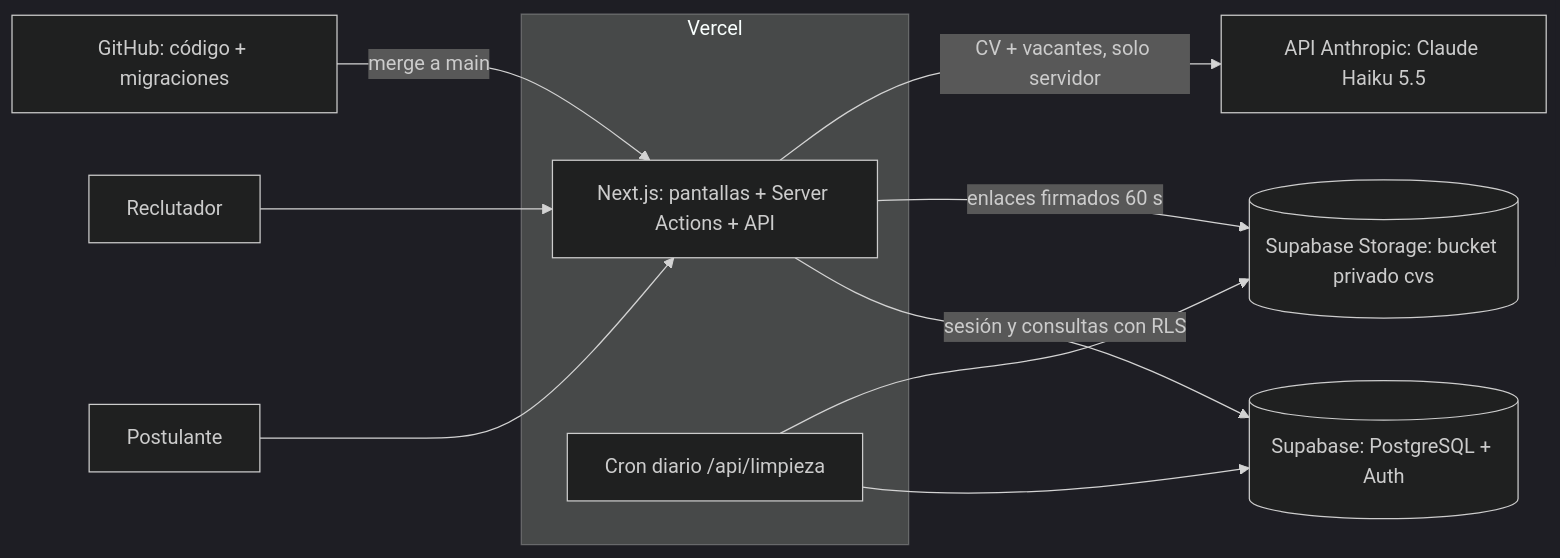
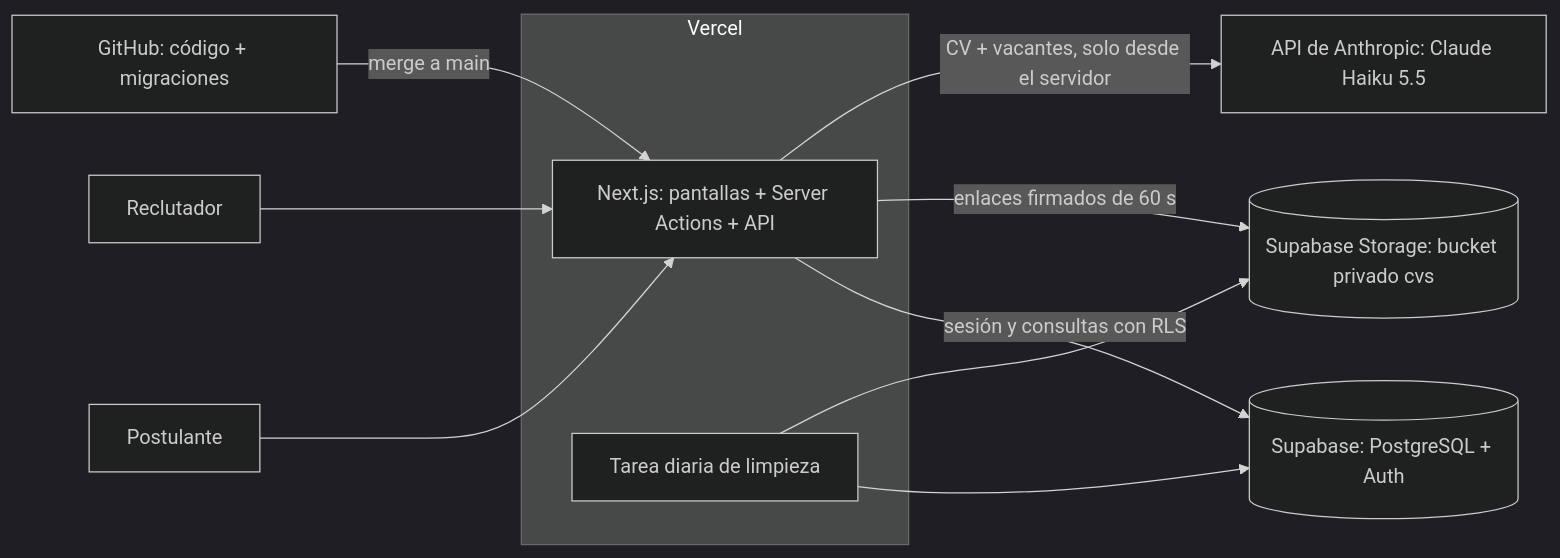
One commit to luanalomiento-debug/Incorporacion-tecnologias changed the second of 2 diagrams in docs/presentacion-tecnica-cuerpo.md. Above: the diagram before and after it, drawn with Mermaid (dark theme). The commit also changed other lines of this file, not shown here.

````diff
--- a/docs/presentacion-tecnica-cuerpo.md
+++ b/docs/presentacion-tecnica-cuerpo.md
@@ -130,15 +64,15 @@
 ```mermaid
 flowchart LR
     U1[Postulante] --> V
     U2[Reclutador] --> V
     subgraph Vercel
       V[Next.js: pantallas + Server Actions + API]
-      C[Cron diario /api/limpieza]
+      C[Tarea diaria de limpieza]
     end
     V -->|sesión y consultas con RLS| S[(Supabase: PostgreSQL + Auth)]
-    V -->|enlaces firmados 60 s| ST[(Supabase Storage: bucket privado cvs)]
-    V -->|CV + vacantes, solo servidor| IA[API Anthropic: Claude Haiku 5.5]
+    V -->|enlaces firmados de 60 s| ST[(Supabase Storage: bucket privado cvs)]
+    V -->|CV + vacantes, solo desde el servidor| IA[API de Anthropic: Claude Haiku 5.5]
     C --> S
     C --> ST
     G[GitHub: código + migraciones] -->|merge a main| V
 ```
````
